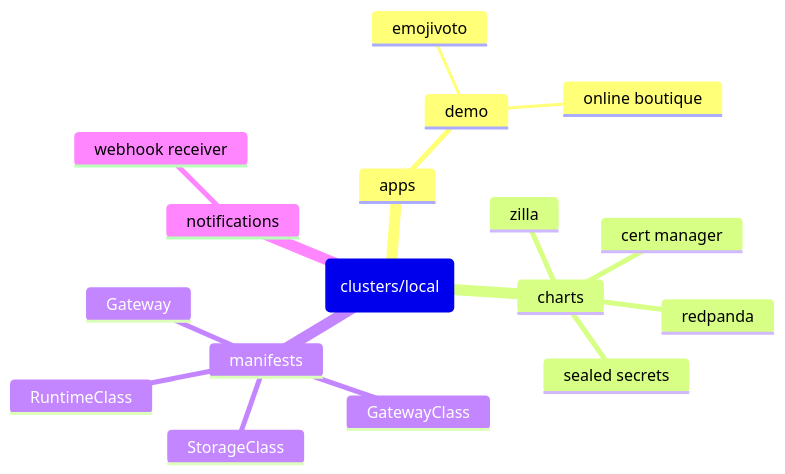
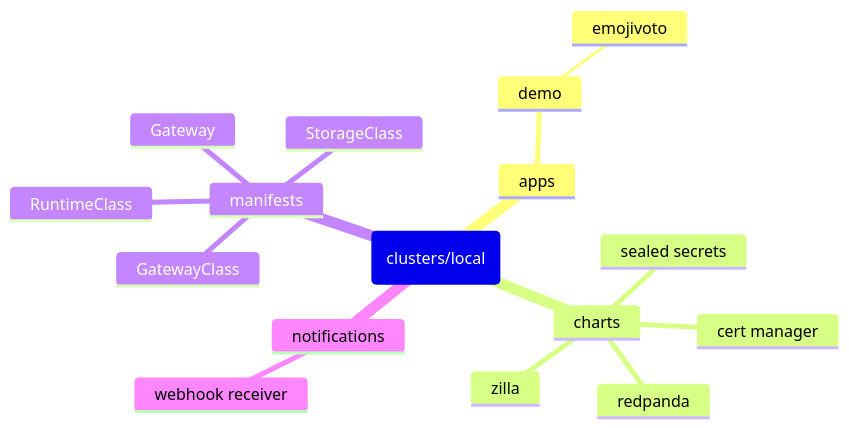
One commit to orbservability/demo-cluster changed the diagram in README.md. Above: the diagram before and after it, drawn with Mermaid. The commit also changed 3 other files, not shown here.

````diff
--- a/README.md
+++ b/README.md
@@ -5,20 +5,19 @@
 ```mermaid
 mindmap
   root(clusters/local)
     apps
       demo
         emojivoto
-        online boutique
     charts
       cert manager
       redpanda
       sealed secrets
       zilla
     manifests
       GatewayClass
       Gateway
       RuntimeClass
       StorageClass
     notifications
       webhook receiver
 ```
````
